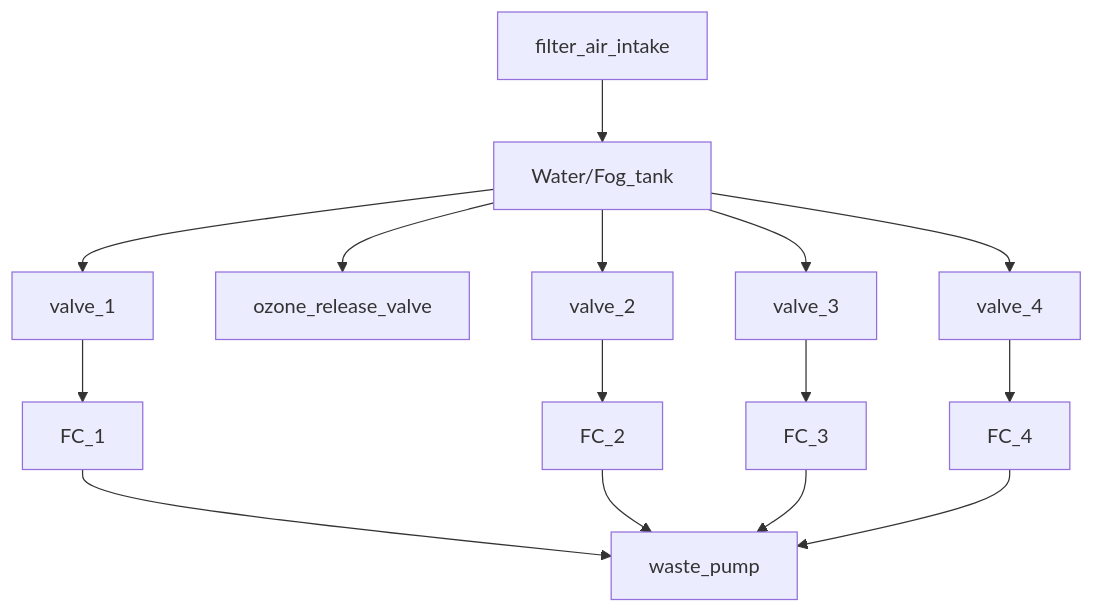
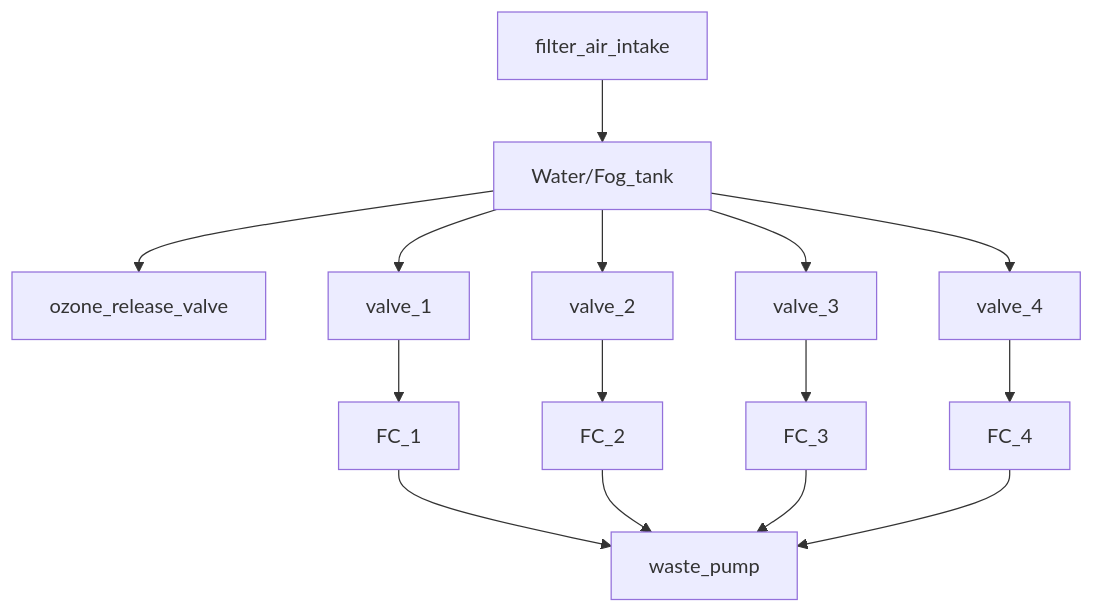
The third of 3 diagrams in README.md (StevenAndrewsII/Fung_OS), drawn with Mermaid before and after one commit.

````diff
--- a/README.md
+++ b/README.md
@@ -135,15 +135,16 @@
 ```mermaid
 graph TD;
-   filter_air_intake-->Water/Fog_tank-->valve_1 -->FC_1;
+   filter_air_intake--> Water/Fog_tank;
    Water/Fog_tank-->ozone_release_valve;
+   Water/Fog_tank-->valve_1 -->FC_1;
    Water/Fog_tank-->valve_2-->FC_2;
    Water/Fog_tank-->valve_3-->FC_3;
    Water/Fog_tank-->valve_4-->FC_4;
 
    FC_1 --> waste_pump;
    FC_2 --> waste_pump;
    FC_3 --> waste_pump;
    FC_4 --> waste_pump;
 
   
 ```
````
